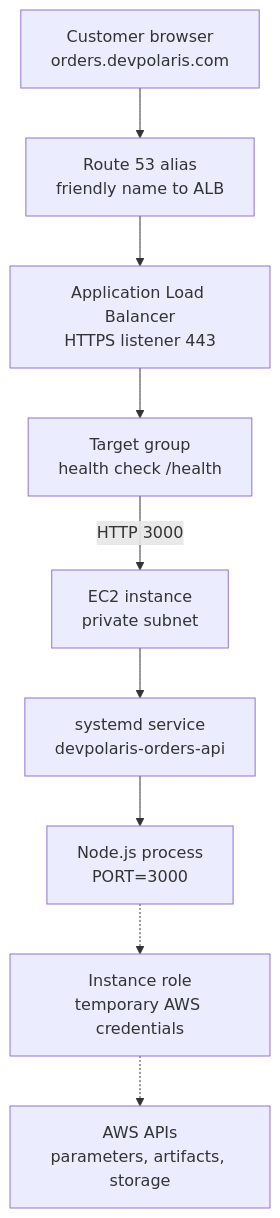
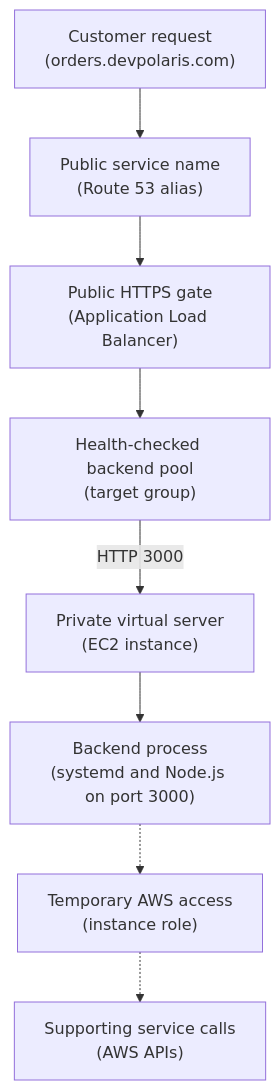
One commit to senlinyy/dev-roadmaps changed the diagram in cloud-providers/aws/compute-application-hosting/ec2-virtual-servers.md. Above: the diagram before and after it, drawn with Mermaid. The commit also changed 89 other files, not shown here.

````diff
--- a/cloud-providers/aws/compute-application-hosting/ec2-virtual-servers.md
+++ b/cloud-providers/aws/compute-application-hosting/ec2-virtual-servers.md
@@ -129,21 +129,19 @@
 ```mermaid
 flowchart TD
-    USER["Customer browser<br/>orders.devpolaris.com"]
-    DNS["Route 53 alias<br/>friendly name to ALB"]
-    ALB["Application Load Balancer<br/>HTTPS listener 443"]
-    TG["Target group<br/>health check /health"]
-    EC2["EC2 instance<br/>private subnet"]
-    SYSTEMD["systemd service<br/>devpolaris-orders-api"]
-    NODE["Node.js process<br/>PORT=3000"]
-    ROLE["Instance role<br/>temporary AWS credentials"]
-    AWSAPI["AWS APIs<br/>parameters, artifacts, storage"]
+    USER["Customer request<br/>(orders.devpolaris.com)"]
+    DNS["Public service name<br/>(Route 53 alias)"]
+    ALB["Public HTTPS gate<br/>(Application Load Balancer)"]
+    TG["Health-checked backend pool<br/>(target group)"]
+    EC2["Private virtual server<br/>(EC2 instance)"]
+    APP["Backend process<br/>(systemd and Node.js on port 3000)"]
+    ROLE["Temporary AWS access<br/>(instance role)"]
+    AWSAPI["Supporting service calls<br/>(AWS APIs)"]
 
     USER --> DNS
     DNS --> ALB
     ALB --> TG
     TG -->|"HTTP 3000"| EC2
-    EC2 --> SYSTEMD
-    SYSTEMD --> NODE
-    NODE -.-> ROLE
+    EC2 --> APP
+    APP -.-> ROLE
     ROLE -.-> AWSAPI
 ```
````
